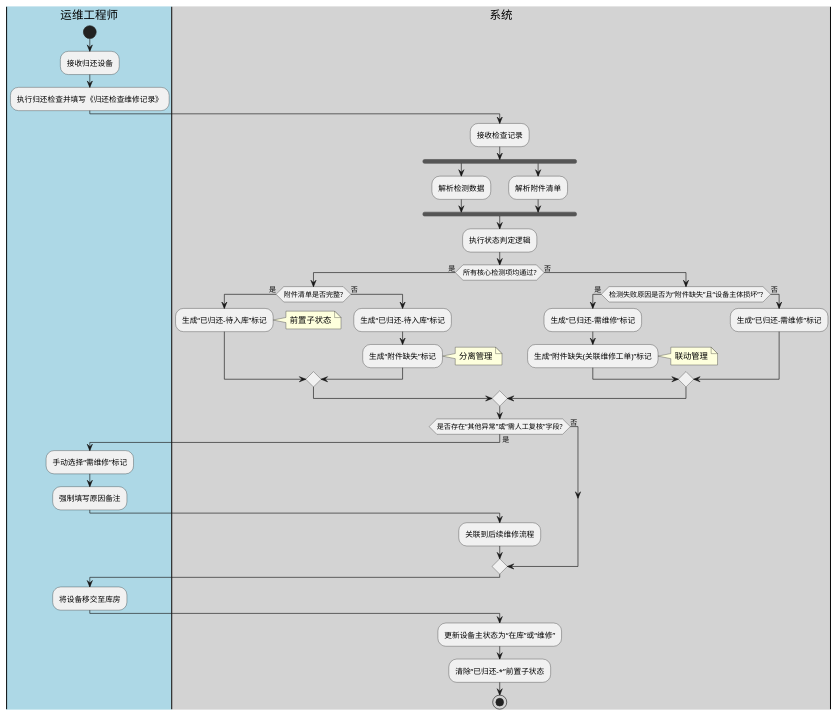
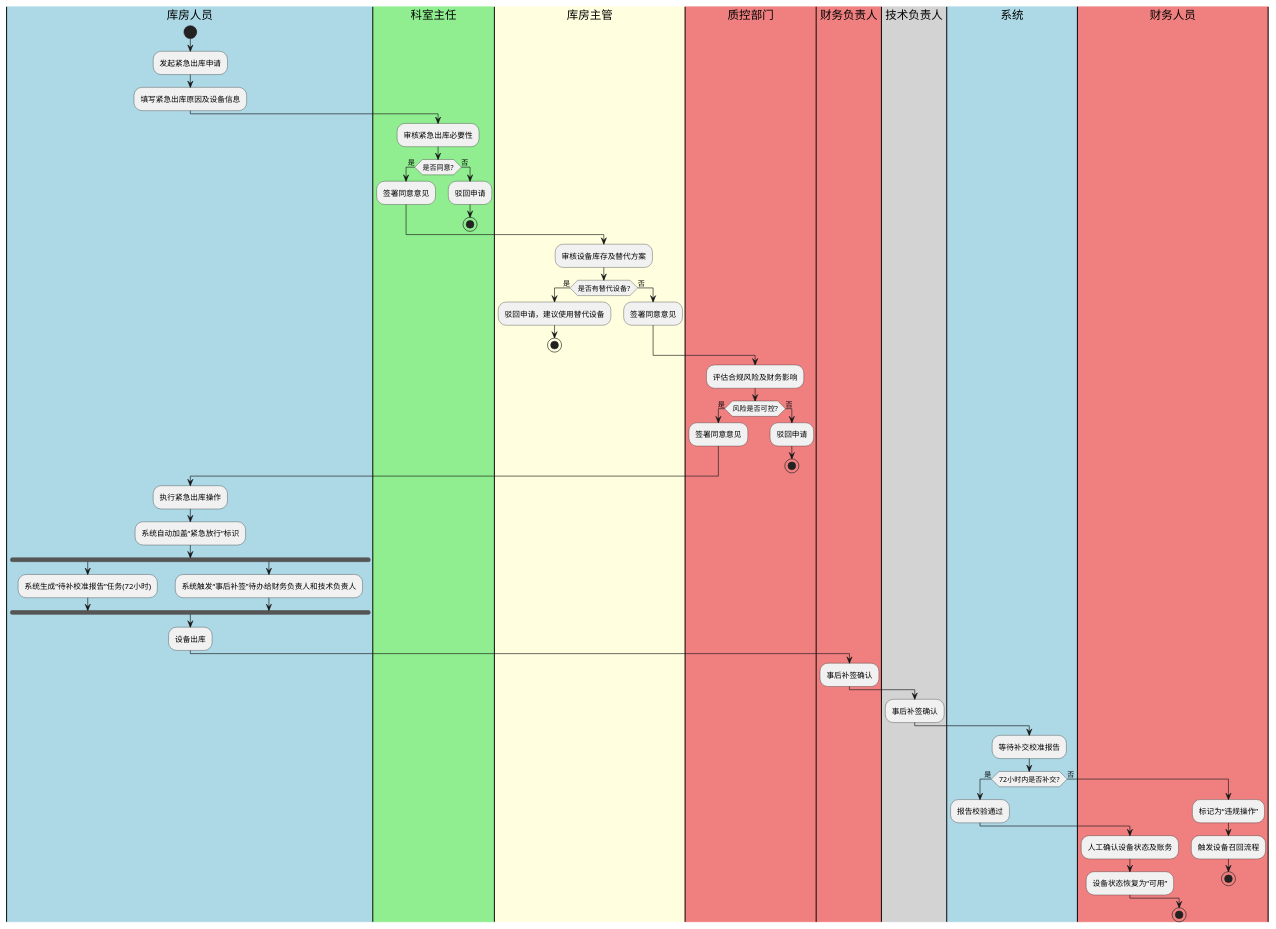
One commit to JiangHuanzhen/medical-device-rental-system changed the first of 5 diagrams in .claude/knowledge-base/wiki/summaries/行为模型图-20260626-v2.puml. Above: the diagram before and after it, drawn with PlantUML. The commit also changed other lines of this file and 223 other files, not shown here.

```diff
--- a/.claude/knowledge-base/wiki/summaries/行为模型图-20260626-v2.puml
+++ b/.claude/knowledge-base/wiki/summaries/行为模型图-20260626-v2.puml
@@ -1,47 +1,66 @@
 @startuml
-|#LightBlue|运维工程师|
+|#LightBlue|库房人员|
 start
-:接收归还设备;
-:执行归还检查并填写《归还检查维修记录》;
-|#LightGray|系统|
-:接收检查记录;
+:发起紧急出库申请;
+:填写紧急出库原因及设备信息;
+
+|#LightGreen|科室主任|
+:审核紧急出库必要性;
+if (是否同意?) then (是)
+  :签署同意意见;
+else (否)
+  :驳回申请;
+  stop
+endif
+
+|#LightYellow|库房主管|
+:审核设备库存及替代方案;
+if (是否有替代设备?) then (是)
+  :驳回申请，建议使用替代设备;
+  stop
+else (否)
+  :签署同意意见;
+endif
+
+|#LightCoral|质控部门|
+:评估合规风险及财务影响;
+if (风险是否可控?) then (是)
+  :签署同意意见;
+else (否)
+  :驳回申请;
+  stop
+endif
+
+|#LightBlue|库房人员|
+:执行紧急出库操作;
+:系统自动加盖“紧急放行”标识;
+
 fork
-  :解析检测数据;
-  fork again
-  :解析附件清单;
+  :系统生成“待补校准报告”任务(72小时);
+fork again
+  :系统触发“事后补签”待办给财务负责人和技术负责人;
 end fork
-:执行状态判定逻辑;
-if (所有核心检测项均通过?) then (是)
-  if (附件清单是否完整?) then (是)
-    :生成“已归还-待入库”标记;
-    note right: 前置子状态
-  else (否)
-    :生成“已归还-待入库”标记;
-    :生成“附件缺失”标记;
-    note right: 分离管理
-  endif
+
+:设备出库;
+
+|#LightCoral|财务负责人|
+:事后补签确认;
+|#LightGray|技术负责人|
+:事后补签确认;
+
+|#LightBlue|系统|
+:等待补交校准报告;
+if (72小时内是否补交?) then (是)
+  :报告校验通过;
+  |#LightCoral|财务人员|
+  :人工确认设备状态及账务;
+  :设备状态恢复为“可用”;
 else (否)
-  if (检测失败原因是否为“附件缺失”且“设备主体损坏”?) then (是)
-    :生成“已归还-需维修”标记;
-    :生成“附件缺失(关联维修工单)”标记;
-    note right: 联动管理
-  else (否)
-    :生成“已归还-需维修”标记;
-  endif
+  :标记为“违规操作”;
+  :触发设备召回流程;
+  stop
 endif
-if (是否存在“其他异常”或“需人工复核”字段?) then (是)
-  |#LightBlue|运维工程师|
-  :手动选择“需维修”标记;
-  :强制填写原因备注;
-  |#LightGray|系统|
-  :关联到后续维修流程;
-else (否)
-endif
-|#LightBlue|运维工程师|
-:将设备移交至库房;
-|#LightGray|系统|
-:更新设备主状态为“在库”或“维修”;
-:清除“已归还-*”前置子状态;
+
 stop
 
 @enduml
```
